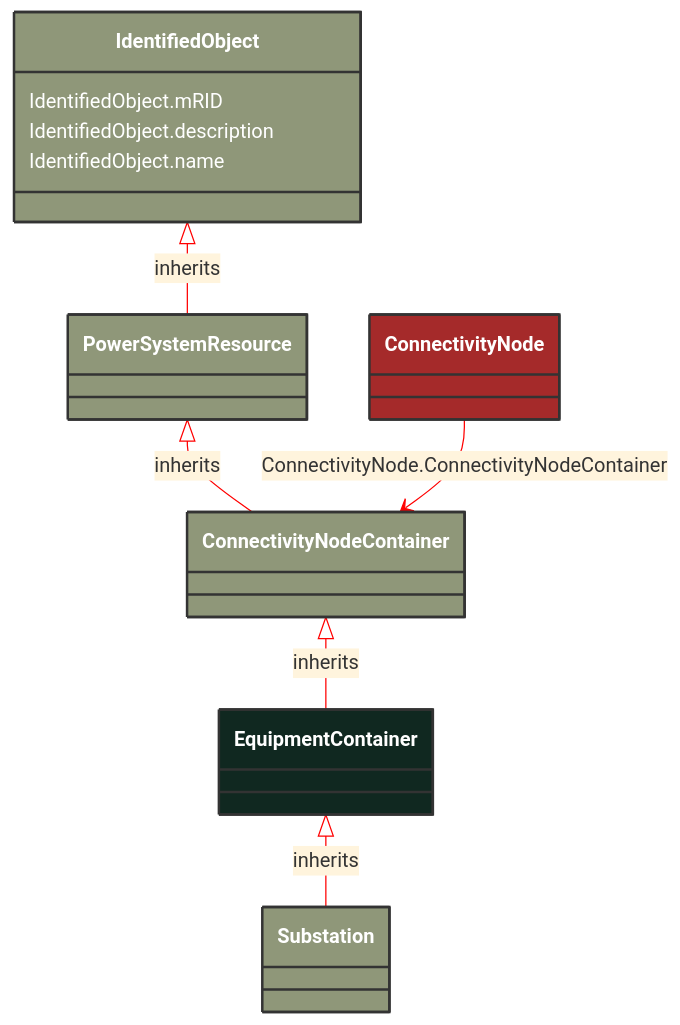
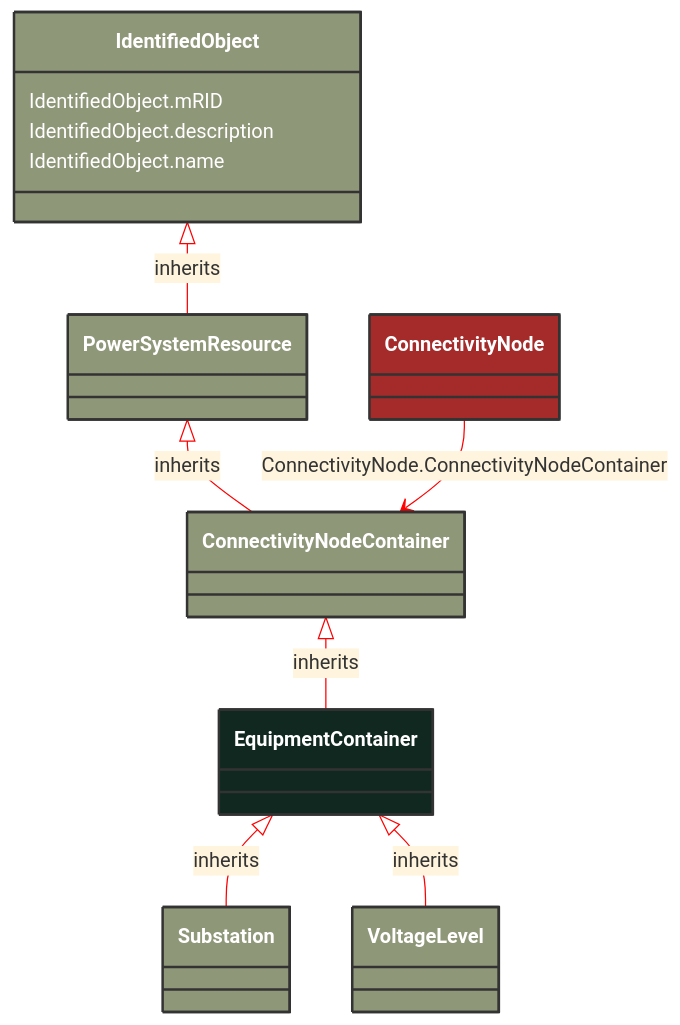
The diagram in docs/Models/Profiles/Telemark-120BoundaryModel/ConcreteClasses/EquipmentContainer.md (3lbits/NoCIMExtensions), drawn with Mermaid before and after one commit. The commit also changed 63 other files, not shown here.

````diff
--- a/docs/Models/Profiles/Telemark-120BoundaryModel/ConcreteClasses/EquipmentContainer.md
+++ b/docs/Models/Profiles/Telemark-120BoundaryModel/ConcreteClasses/EquipmentContainer.md
@@ -8,37 +8,43 @@
 ```mermaid
 %%{init: {'theme':'base','themeVariables': {'lineColor': '#FF0000'}}}%%
 classDiagram
     class EquipmentContainer
     click EquipmentContainer href "/Models/Profiles/Telemark-120BoundaryModel/ConcreteClasses/EquipmentContainer/"
     style EquipmentContainer fill:#102820,stroke:#333,stroke-width:2px,rx:10,ry:10,color:white
 
         EquipmentContainer <|-- Substation : inherits
 
         Substation
             click Substation href "/Models/Profiles/Telemark-120BoundaryModel/ConcreteClasses/Substation/"
             style Substation fill:#8F9779,stroke:#333,stroke-width:2px,rx:10,ry:10,color:white
+
+        EquipmentContainer <|-- VoltageLevel : inherits
+
+        VoltageLevel
+            click VoltageLevel href "/Models/Profiles/Telemark-120BoundaryModel/ConcreteClasses/VoltageLevel/"
+            style VoltageLevel fill:#8F9779,stroke:#333,stroke-width:2px,rx:10,ry:10,color:white
      
         ConnectivityNodeContainer <|-- EquipmentContainer : inherits
             click ConnectivityNodeContainer href "/Models/Profiles/Telemark-120BoundaryModel/ConcreteClasses/ConnectivityNodeContainer/"
             style ConnectivityNodeContainer fill:#8F9779,stroke:#333,stroke-width:2px,rx:10,ry:10,color:white
      
         PowerSystemResource <|-- ConnectivityNodeContainer : inherits
             click PowerSystemResource href "/Models/Profiles/Telemark-120BoundaryModel/AbstractClasses/PowerSystemResource/"
             style PowerSystemResource fill:#8F9779,stroke:#333,stroke-width:2px,rx:10,ry:10,color:white
      
         IdentifiedObject <|-- PowerSystemResource : inherits
             click IdentifiedObject href "/Models/Profiles/Telemark-120BoundaryModel/AbstractClasses/IdentifiedObject/"
             style IdentifiedObject fill:#8F9779,stroke:#333,stroke-width:2px,rx:10,ry:10,color:white
 
 
         ConnectivityNode --> ConnectivityNodeContainer : ConnectivityNode.ConnectivityNodeContainer
 
         ConnectivityNode
             click ConnectivityNode href "/Models/Profiles/Telemark-120BoundaryModel/ConcreteClasses/ConnectivityNode/"
             style ConnectivityNode fill:#A52A2A,stroke:#333,stroke-width:2px,rx:10,ry:10,color:white
 
 
         IdentifiedObject : IdentifiedObject.mRID
         IdentifiedObject : IdentifiedObject.description
         IdentifiedObject : IdentifiedObject.name
 ```
````
